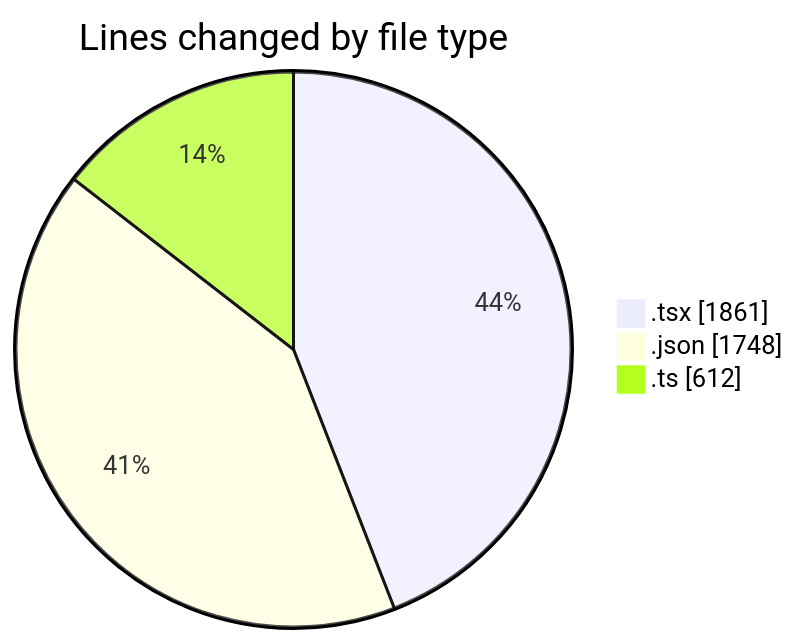
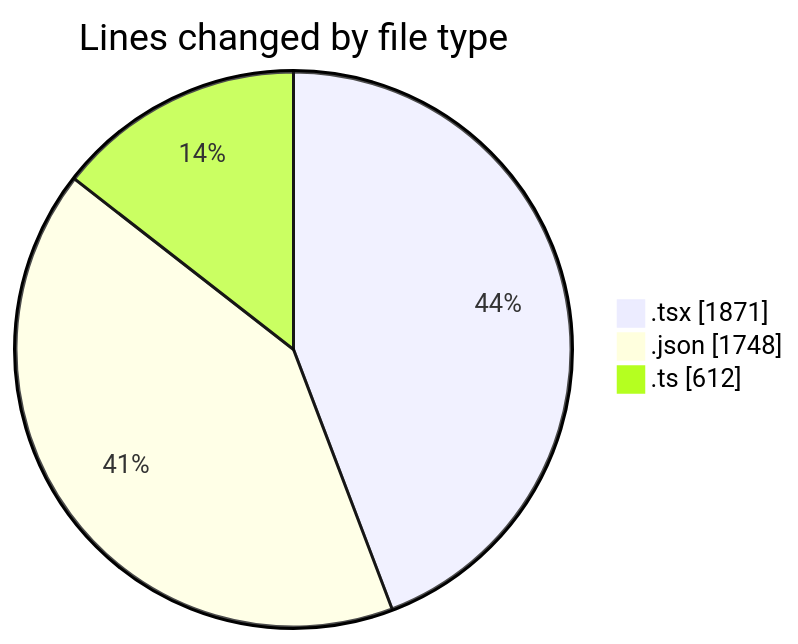
Before and after one commit to julien-gomy/code-tracking: the first of 2 diagrams in 2025-10-30/eventscop-frontend-guide__workspace_/README.md, drawn with Mermaid. The commit also changed other lines of this file and 1 other file, not shown here.

````diff
--- a/2025-10-30/eventscop-frontend-guide__workspace_/README.md
+++ b/2025-10-30/eventscop-frontend-guide__workspace_/README.md
@@ -39,7 +39,7 @@
 ```mermaid
 pie showData
 title Lines changed by file type
-".tsx" : 1861
+".tsx" : 1871
 ".json" : 1748
 ".ts" : 612
 ```
````
